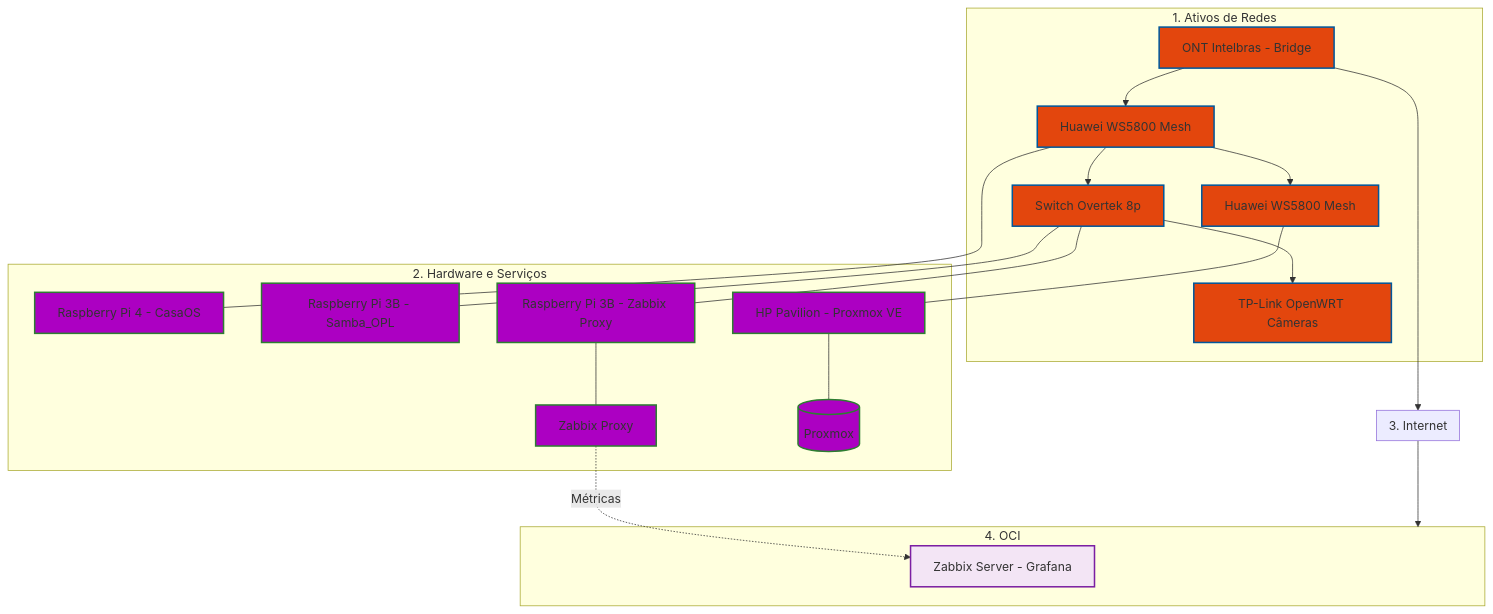
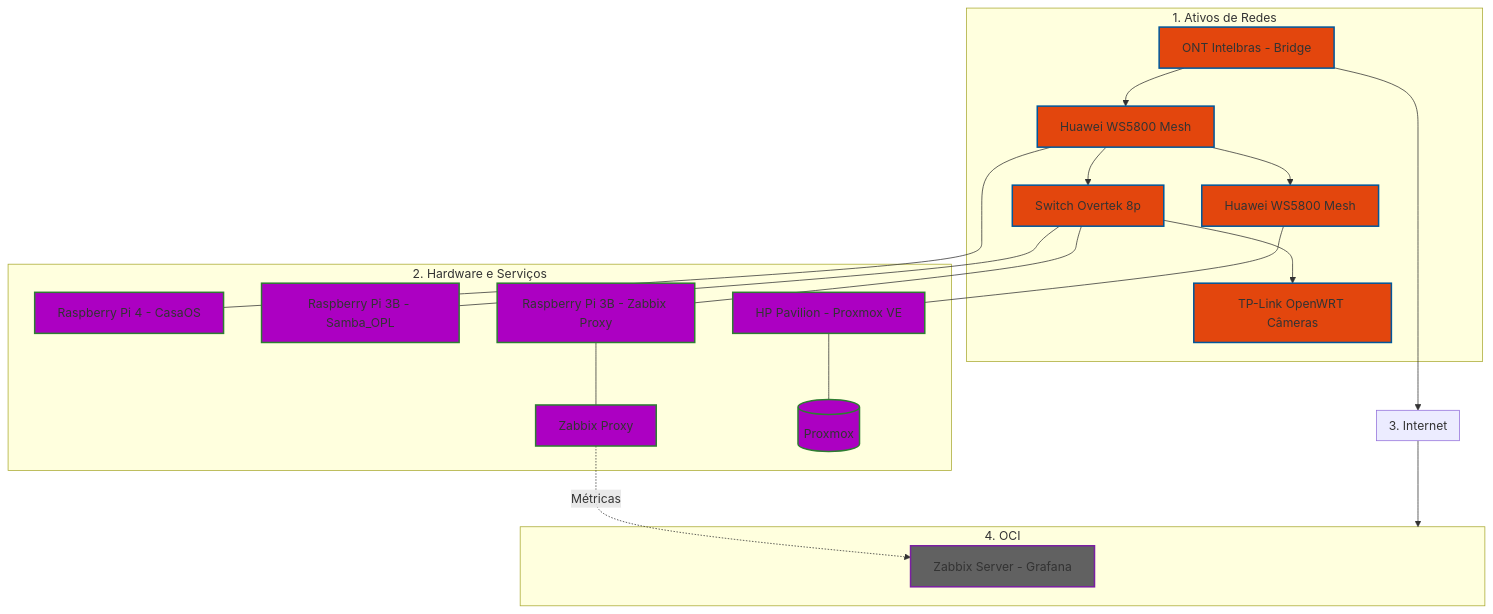
One commit to kevindexter22/Dr-Hardware-Autonet changed the diagram in Infraestructure/README.md. Above: the diagram before and after it, drawn with Mermaid.

````diff
--- a/Infraestructure/README.md
+++ b/Infraestructure/README.md
@@ -13,45 +13,45 @@
 ```mermaid
 graph TD
     %% Estilos
     classDef rede fill:#e3460d,stroke:#01579b,stroke-width:2px;
     classDef hardware fill:#AC00C2,stroke:#2e7d32,stroke-width:2px;
     classDef tunel fill:#fff3e0,stroke:#ef6c00,stroke-width:2px,stroke-dasharray: 5 5;
-    classDef oci fill:#f3e5f5,stroke:#7b1fa2,stroke-width:2px;
+    classDef oci fill:#616161,stroke:#7b1fa2,stroke-width:2px;
 
     %% 1. ATIVOS DE REDE
     subgraph S1 [1. Ativos de Redes]
         ONT[ONT Intelbras - Bridge]:::rede --> R_Mesh1[Huawei WS5800 Mesh]:::rede
         R_Mesh1 --> R_Mesh2[Huawei WS5800 Mesh]:::rede
         R_Mesh1 --> SW1[Switch Overtek 8p]:::rede
         SW1 --> R_Cams[TP-Link OpenWRT Câmeras]:::rede
     end
 
     %% 2. HARDWARE E SERVIÇOS
     subgraph S2 [2. Hardware e Serviços]
         R_Mesh1 --- RPi4[Raspberry Pi 4 - CasaOS]:::hardware
         SW1 --- RPi3_1[Raspberry Pi 3B - Samba_OPL]:::hardware
         SW1 --- RPi3_2[Raspberry Pi 3B - Zabbix Proxy]:::hardware
         R_Mesh2 --- HP[HP Pavilion - Proxmox VE]:::hardware
         
         
         RPi3_2 --- ZP[Zabbix Proxy]:::hardware
         HP --- PVE[(Proxmox)]:::hardware
     end
 
     %% 3. Internet (A PONTE)
     subgraph S3 [3. Internet]
     end
 
     %% 4. OCI
     subgraph S4 [4. OCI]
         ZS[Zabbix Server - Grafana]:::oci
     end
 
     %% Conexões de Fluxo de Dados para manter a ordem
     ONT --> S3
     S3 --> S4
     
     %% Relacionamentos lógicos (setas duplas para replicação)
     ZP -.-> |Métricas| ZS
 
 ```
````
